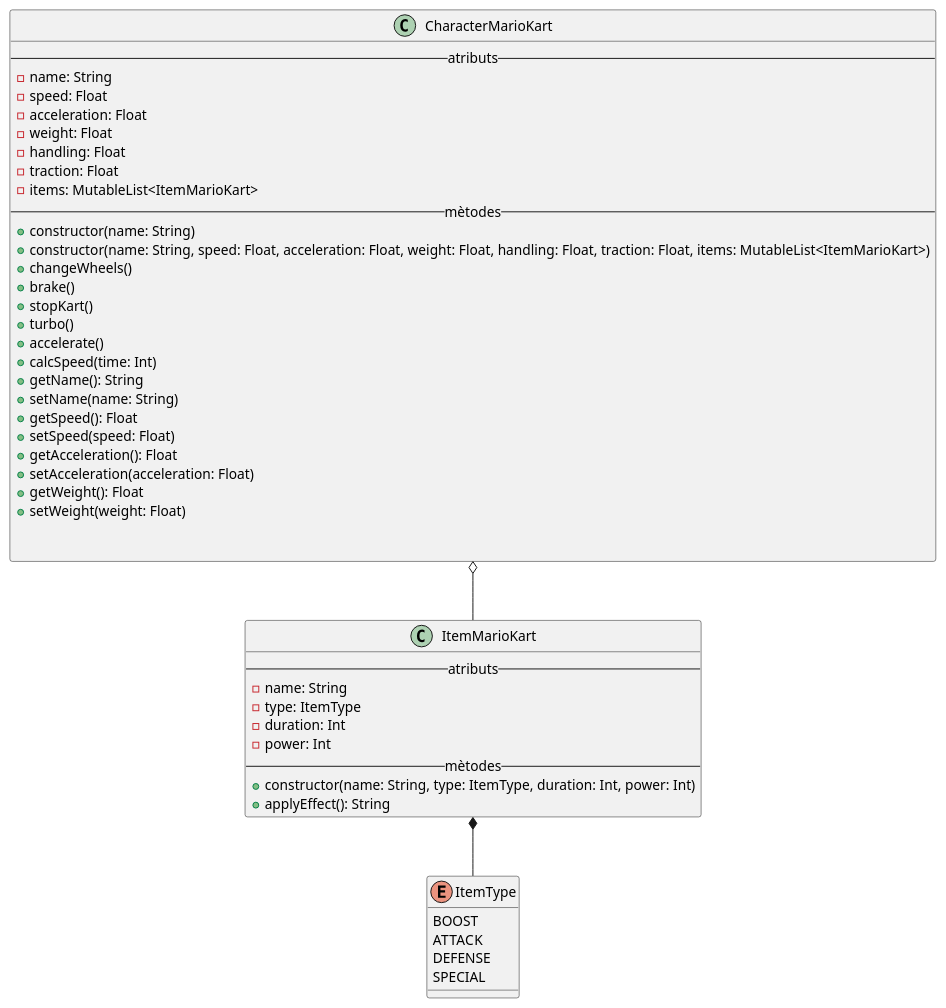
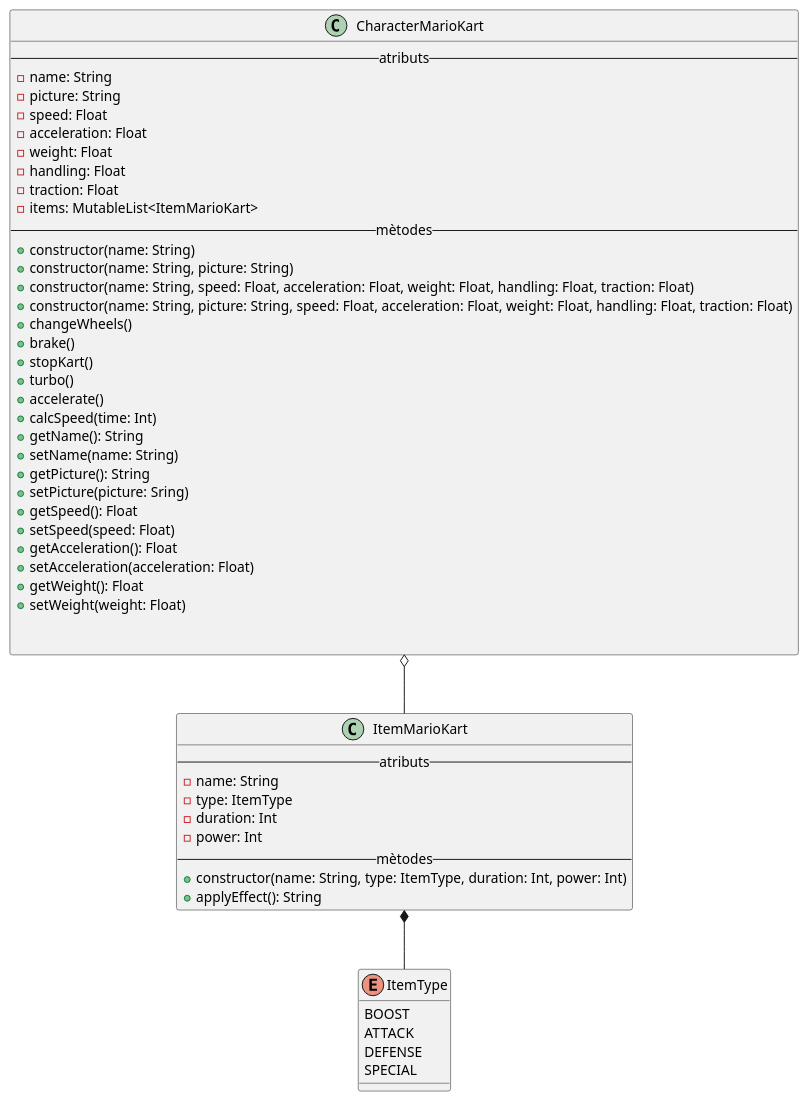
One commit to raimonizard/kotlin-mario-kart-binary-files changed the diagram in src/uml/ClassDiagram.puml. Above: the diagram before and after it, drawn with PlantUML. The commit also changed 3 other files, not shown here.

Commit message:
docs: update uml

```diff
--- a/src/uml/ClassDiagram.puml
+++ b/src/uml/ClassDiagram.puml
@@ -1,55 +1,60 @@
 @startuml
 'https://plantuml.com/class-diagram
 
 enum ItemType {
     BOOST
     ATTACK
     DEFENSE
     SPECIAL
 }
 
 class ItemMarioKart{
     -- atributs --
     - name: String
     - type: ItemType
     - duration: Int
     - power: Int
     -- mètodes --
     + constructor(name: String, type: ItemType, duration: Int, power: Int)
     + applyEffect(): String
 }
 
 class CharacterMarioKart {
     -- atributs --
     - name: String
+    - picture: String
     - speed: Float
     - acceleration: Float
     - weight: Float
     - handling: Float
     - traction: Float
     - items: MutableList<ItemMarioKart>
     -- mètodes --
     + constructor(name: String)
-    + constructor(name: String, speed: Float, acceleration: Float, weight: Float, handling: Float, traction: Float, items: MutableList<ItemMarioKart>)
+    + constructor(name: String, picture: String)
+    + constructor(name: String, speed: Float, acceleration: Float, weight: Float, handling: Float, traction: Float)
+    + constructor(name: String, picture: String, speed: Float, acceleration: Float, weight: Float, handling: Float, traction: Float)
     + changeWheels()
     + brake()
     + stopKart()
     + turbo()
     + accelerate()
     + calcSpeed(time: Int)
     + getName(): String
     + setName(name: String)
+    + getPicture(): String
+    + setPicture(picture: Sring)
     + getSpeed(): Float
     + setSpeed(speed: Float)
     + getAcceleration(): Float
     + setAcceleration(acceleration: Float)
     + getWeight(): Float
     + setWeight(weight: Float)
 
 
 }
 
 ItemMarioKart *-- ItemType
 CharacterMarioKart o-- ItemMarioKart
 
 @enduml
```
